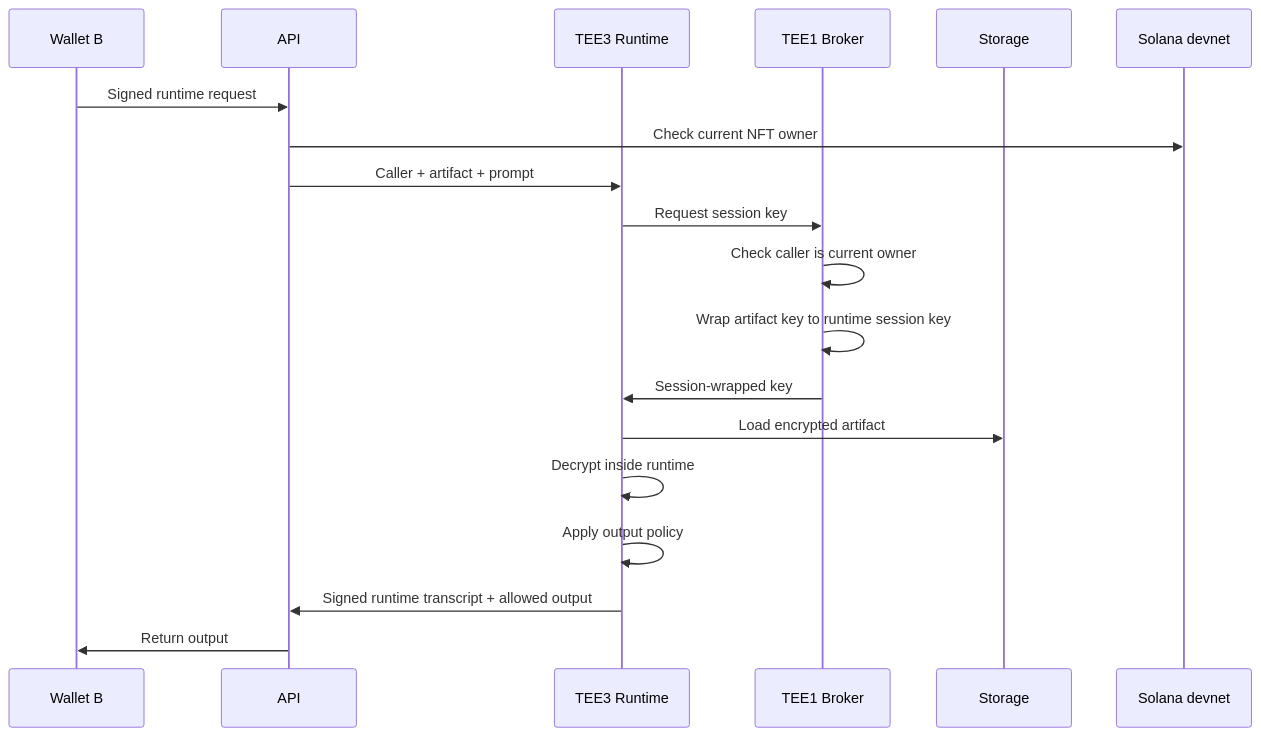
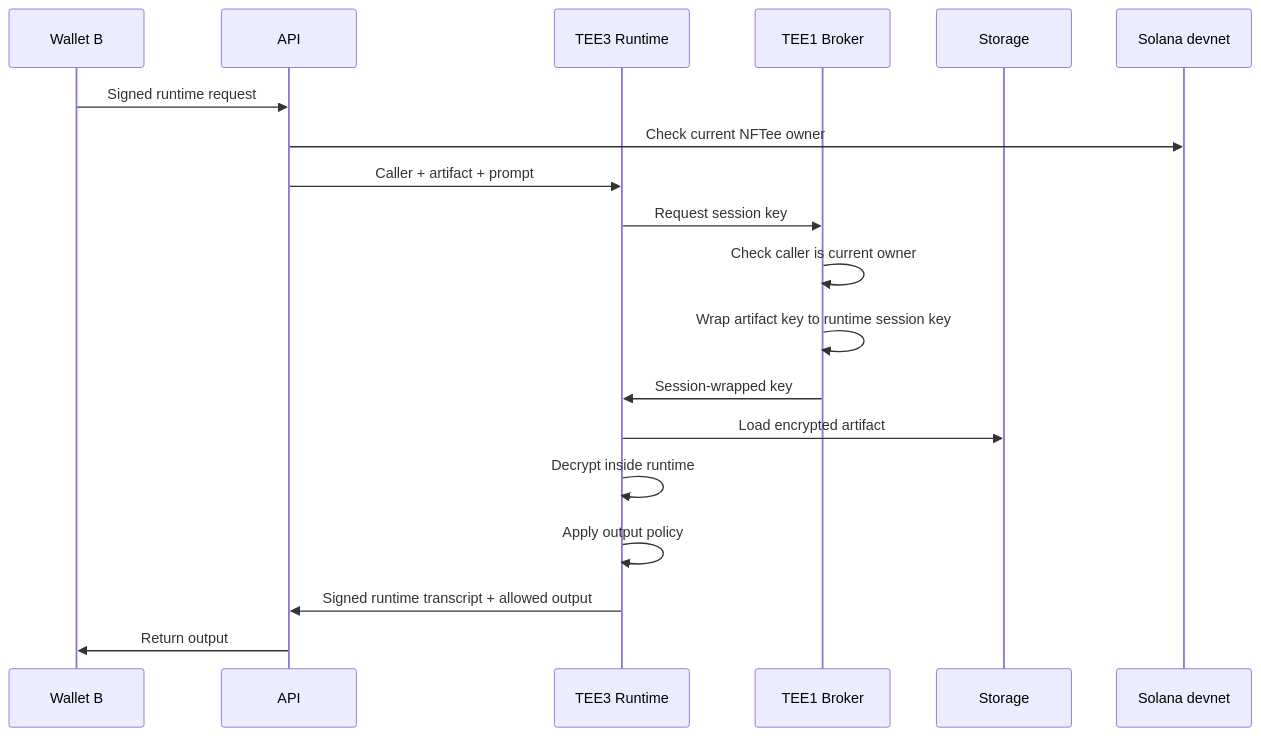
Before and after one commit to clan-world/sealed-skill-nft-demo: the third of 4 diagrams in docs/ARCHITECTURE.md, drawn with Mermaid. The commit also changed other lines of this file and 17 other files, not shown here.

````diff
--- a/docs/ARCHITECTURE.md
+++ b/docs/ARCHITECTURE.md
@@ -84,22 +84,22 @@
 ```mermaid
 sequenceDiagram
     participant B as Wallet B
     participant API as API
     participant Runtime as TEE3 Runtime
     participant Broker as TEE1 Broker
     participant Storage as Storage
     participant Solana as Solana devnet
 
     B->>API: Signed runtime request
-    API->>Solana: Check current NFT owner
+    API->>Solana: Check current NFTee owner
     API->>Runtime: Caller + artifact + prompt
     Runtime->>Broker: Request session key
     Broker->>Broker: Check caller is current owner
     Broker->>Broker: Wrap artifact key to runtime session key
     Broker->>Runtime: Session-wrapped key
     Runtime->>Storage: Load encrypted artifact
     Runtime->>Runtime: Decrypt inside runtime
     Runtime->>Runtime: Apply output policy
     Runtime->>API: Signed runtime transcript + allowed output
     API->>B: Return output
 ```
````
